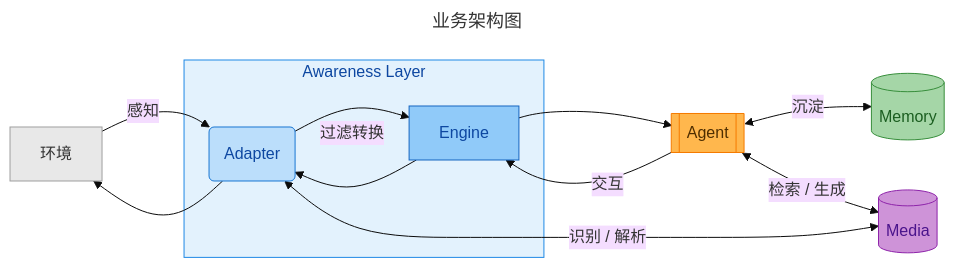
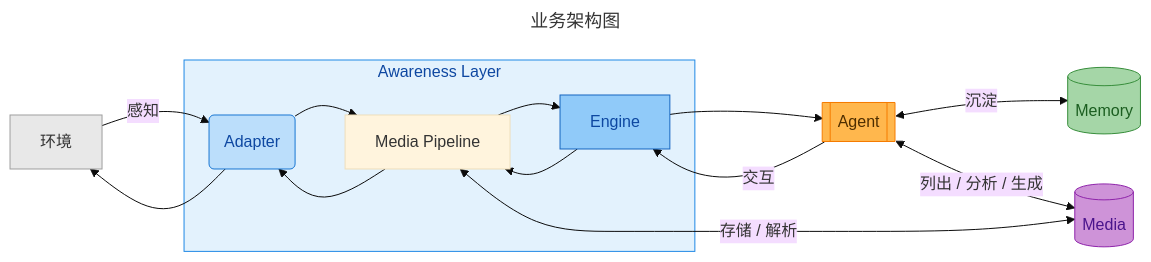
One commit to Nobeta-Work/tobe changed the diagram in README.md. Above: the diagram before and after it, drawn with Mermaid (base theme). The commit also changed other lines of this file and 49 other files, not shown here.

````diff
--- a/README.md
+++ b/README.md
@@ -17,32 +30,31 @@
 ```mermaid
 ---
 title: 业务架构图
 ---
 flowchart LR
     Env["环境"]
     subgraph Awa["Awareness Layer"]
         AAdap("Adapter")
         AEng["Engine"]
-        AAdap --> AEng
-        AEng --> AAdap
+    AAdap --> MP["Media Pipeline"] --> AEng
+    AEng --> MP --> AAdap
     end
     A[[Agent]]
     M[(Memory)]
     Media[(Media)]
 
     Env -->|感知| AAdap --> Env
     AEng --> A -->|交互| AEng
     A <-->|沉淀| M
-    A <-->|检索 / 生成| Media
-    AAdap <-->|识别 / 解析| Media
-    AAdap ~~~|过滤转换| AEng
+    A <-->|列出 / 分析 / 生成| Media
+    MP <-->|存储 / 解析| Media
 
     style Env fill:#e8e8e8,stroke:#9e9e9e,color:#333
     style Awa fill:#e3f2fd,stroke:#1e88e5,color:#0d47a1
     style AAdap fill:#bbdefb,stroke:#1976d2,color:#0d47a1
     style AEng fill:#90caf9,stroke:#1565c0,color:#0d47a1
     style A fill:#ffb74d,stroke:#f57c00,color:#4e2e00
     style M fill:#a5d6a7,stroke:#388e3c,color:#1b5e20
     style Media fill:#ce93d8,stroke:#8e24aa,color:#4a148c
 
 ```
````
